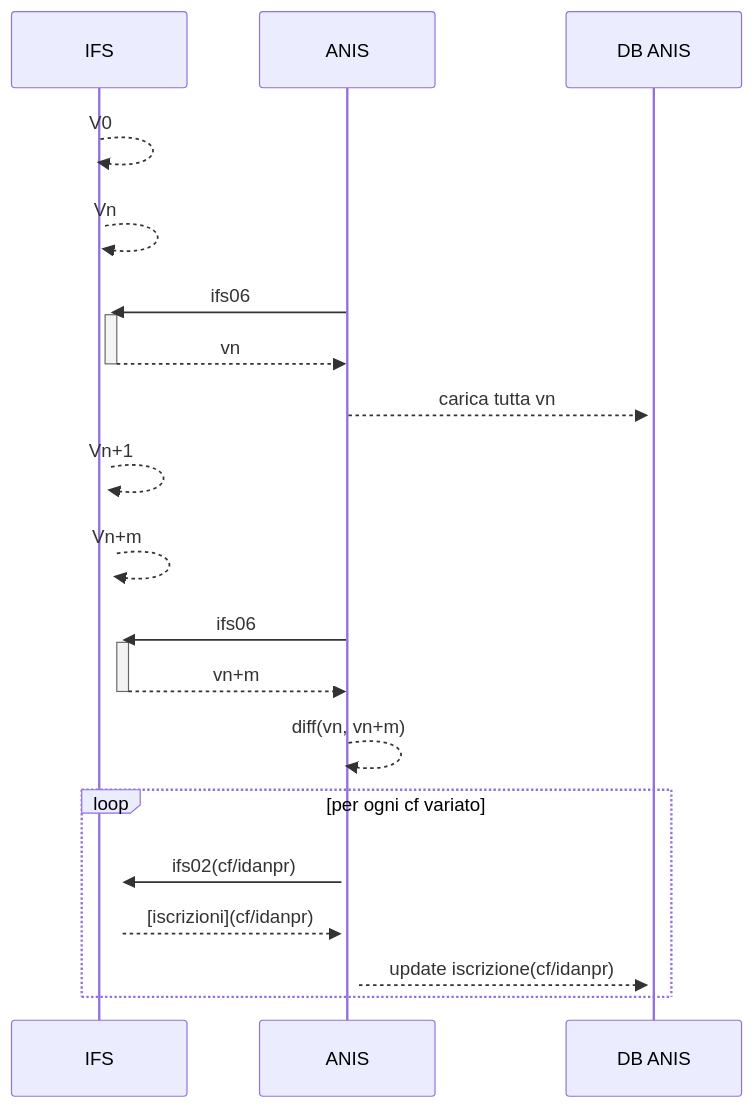
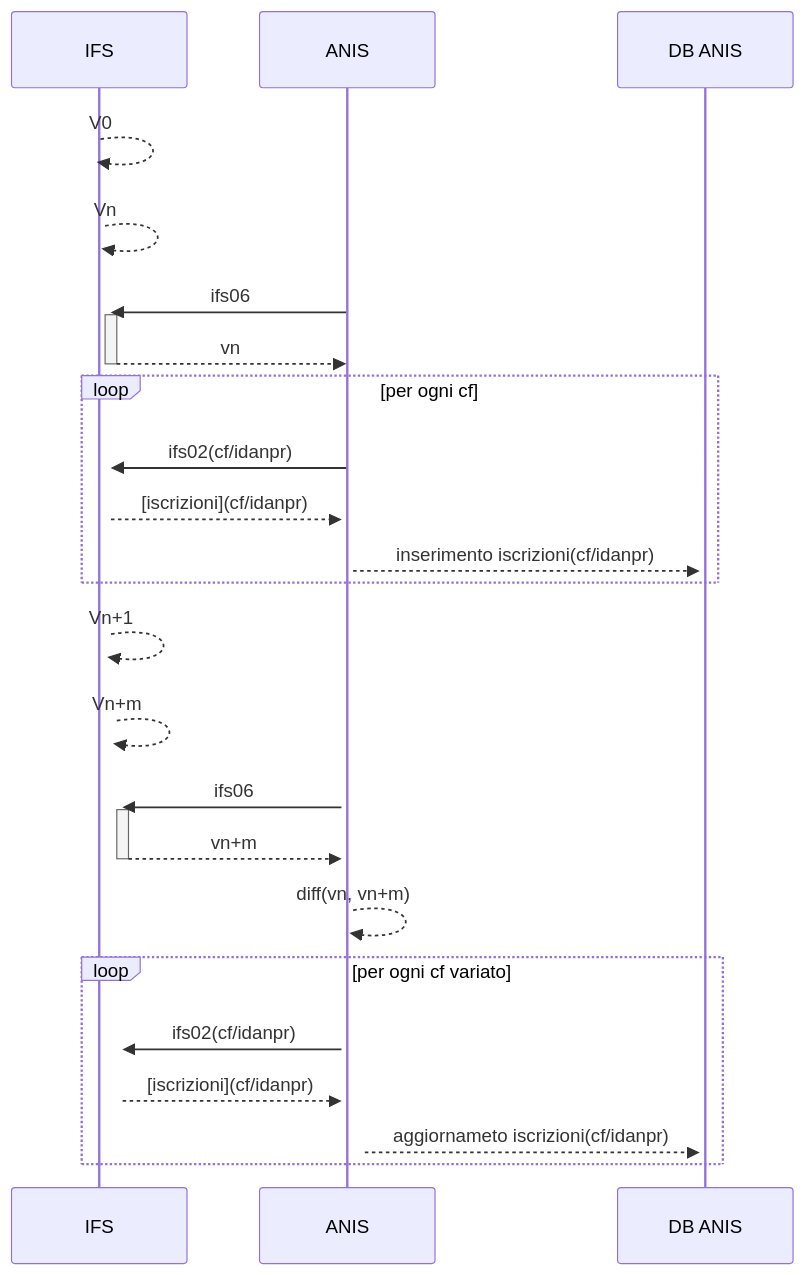
One commit to italia/api-padigitale2026-misura1.3.1-uni-afam changed the diagram in ifs06-v0.md. Above: the diagram before and after it, drawn with Mermaid.

````diff
--- a/ifs06-v0.md
+++ b/ifs06-v0.md
@@ -1,18 +1,22 @@
 ```mermaid
 sequenceDiagram
     IFS-->>+IFS:V0
     IFS-->>+IFS:Vn
     ANIS->>+IFS: ifs06
     IFS-->>-ANIS:  vn
-    ANIS-->>+DB ANIS: carica tutta vn
+    loop per ogni cf 
+        ANIS->>IFS: ifs02(cf/idanpr)
+        IFS-->>+ANIS: [iscrizioni](cf/idanpr)
+        ANIS-->>+DB ANIS: inserimento iscrizioni(cf/idanpr)
+    end
     IFS-->>+IFS:Vn+1
     IFS-->>+IFS:Vn+m
     ANIS->>+IFS: ifs06
     IFS-->>-ANIS: vn+m
     ANIS-->>+ANIS: diff(vn, vn+m)
     loop per ogni cf variato
         ANIS->>IFS: ifs02(cf/idanpr)
         IFS-->>+ANIS: [iscrizioni](cf/idanpr)
-        ANIS-->>+DB ANIS: update iscrizione(cf/idanpr)
+        ANIS-->>+DB ANIS: aggiornameto iscrizioni(cf/idanpr)
     end
 ```
````
